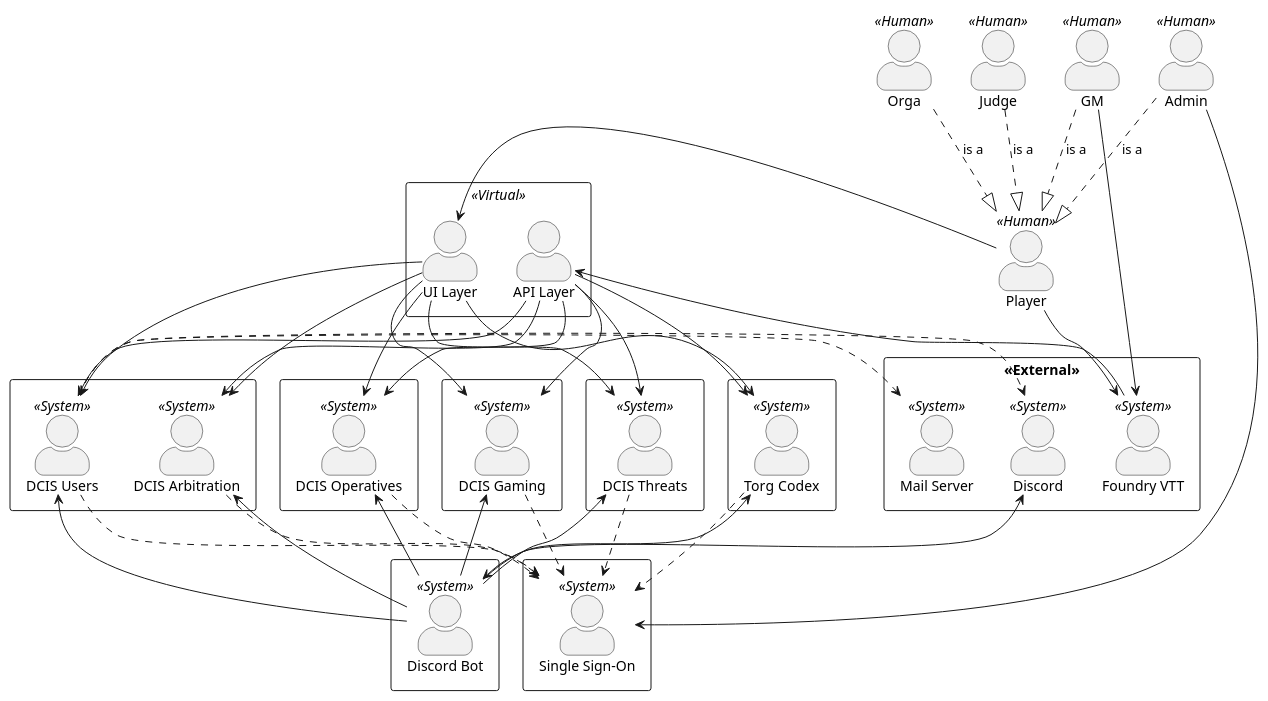
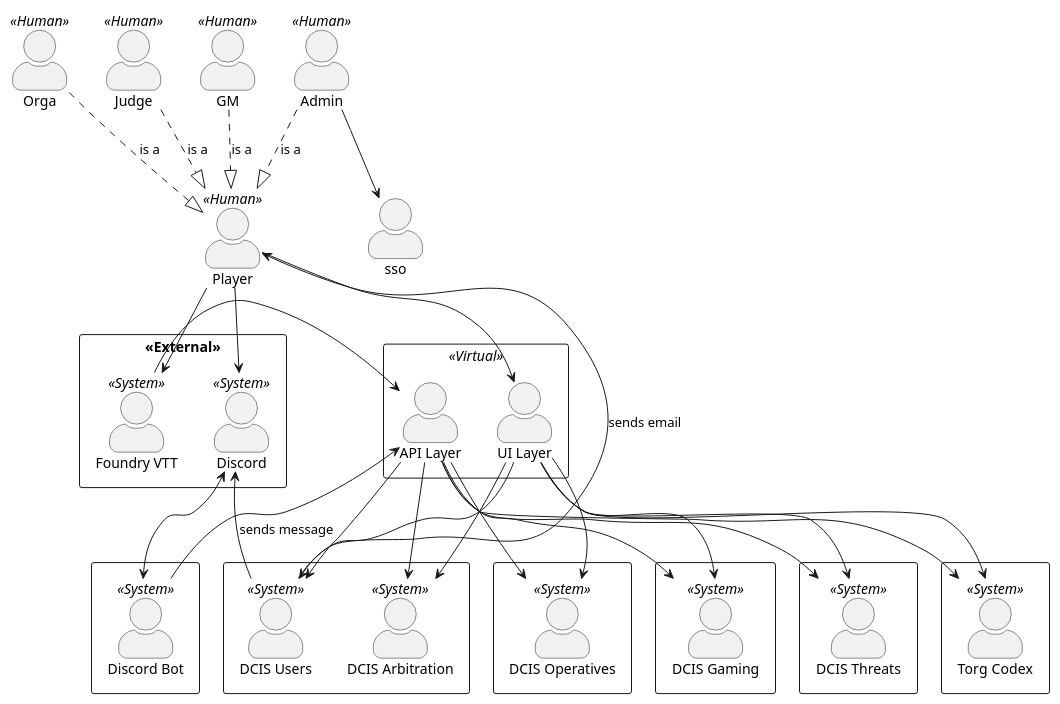
The diagram in src/main/docs/architecture/modules/arc42/pages/03_system_scope_and_context/business-context.adoc (Paladins-Inn/torganized-play-architecture), drawn with PlantUML before and after one commit.

Commit message:
changing business context

```diff
--- a/src/main/docs/architecture/modules/arc42/pages/03_system_scope_and_context/business-context.adoc
+++ b/src/main/docs/architecture/modules/arc42/pages/03_system_scope_and_context/business-context.adoc
@@ -19,7 +19,6 @@
     rectangle <<External>> {
       :Foundry VTT: as foundry << System >>
       :Discord: as discord << System >>
-      :Mail Server: as mail << System >>
     }
   }
 }
@@ -60,10 +59,6 @@
   }
 
   rectangle {
-    :Single Sign-On: as sso << System >>
-  }
-
-  rectangle {
     :Discord Bot: as bot << System >>
   }
 }
@@ -78,19 +73,13 @@
 
 player --> ui
 player --> foundry
-gm --> foundry
+player --> discord
 admin --> sso
 
 foundry --> api
 discord <--> bot
 
-users <-- bot
-arbitration <-- bot
-operatives <-- bot
-gaming <-- bot
-threats <-- bot
-codex <-- bot
-
+api <-- bot
 
 api --> users
 api --> arbitration
@@ -99,14 +88,7 @@
 api --> threats
 api --> codex
 
-users ..> sso
-arbitration ..> sso
-operatives ..> sso
-gaming ..> sso
-threats ..> sso
-codex ..> sso
-
-users .-.> mail
-users .-.> discord
+users --> player : sends email
+users --> discord : sends message
 @enduml
 ....
```
